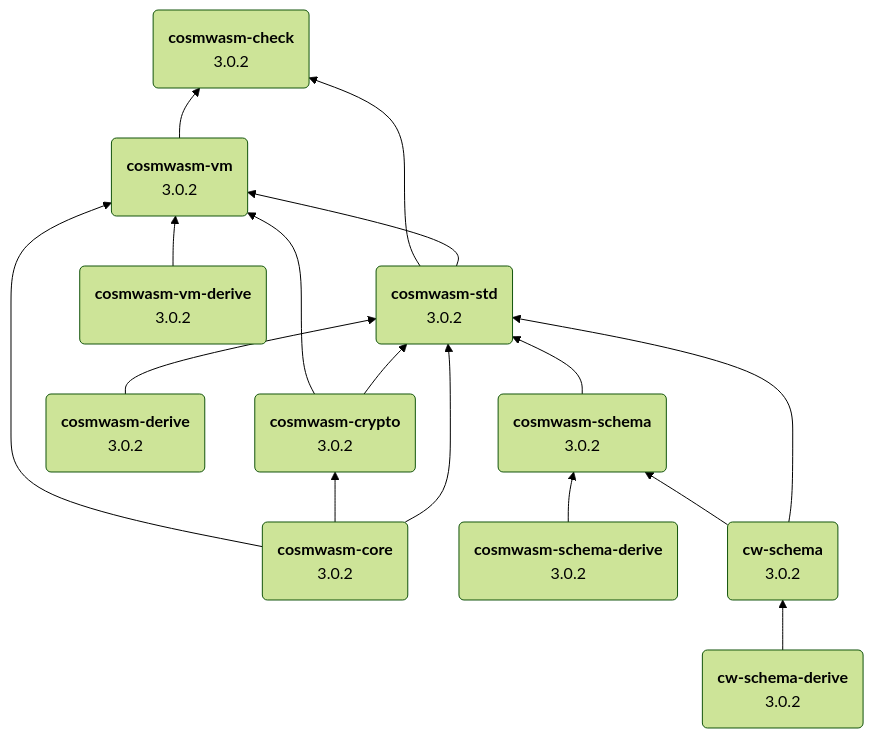
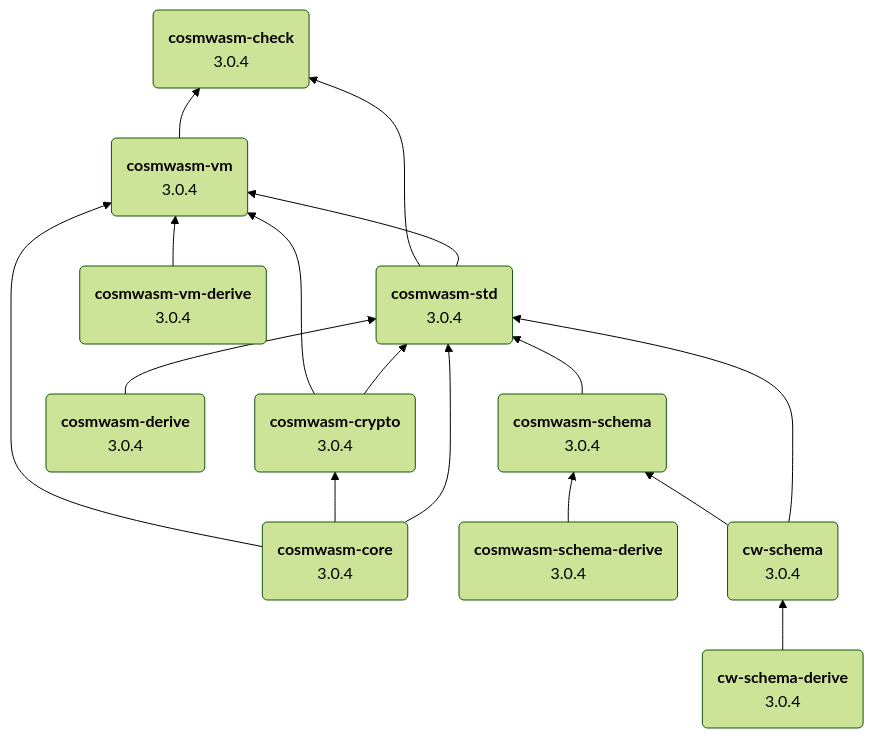
Before and after one commit to CosmWasm/cosmwasm: the diagram in README.md, drawn with Mermaid.

Commit message:
Updated released versions. (#2614)

````diff
--- a/README.md
+++ b/README.md
@@ -115,56 +115,56 @@
 ```mermaid
 ---
 config:
   theme: 'forest'
 ---
 
 graph BT
     A("`**cosmwasm-core**
-        3.0.2`")
+        3.0.4`")
  
     B("`**cosmwasm-std**
-        3.0.2`")
+        3.0.4`")
  
     C("`**cosmwasm-crypto**
-        3.0.2`")
+        3.0.4`")
         
     D("`**cosmwasm-vm**
-        3.0.2`")
+        3.0.4`")
         
     E("`**cosmwasm-vm-derive**
-        3.0.2`")
+        3.0.4`")
         
     F("`**cosmwasm-derive**
-        3.0.2`")    
+        3.0.4`")    
         
     G("`**cosmwasm-schema**
-        3.0.2`")
+        3.0.4`")
 
     H("`**cosmwasm-schema-derive**
-        3.0.2`")
+        3.0.4`")
         
     I("`**cosmwasm-check**
-        3.0.2`")
+        3.0.4`")
         
     J("`**cw-schema**
-        3.0.2`")
+        3.0.4`")
 
     K("`**cw-schema-derive**
-        3.0.2`")
+        3.0.4`")
         
     A --> B
     A --> C
     A --> D
     C --> B
     C --> D
     B --> D
     E --> D
     F --> B
     H --> G
     B --> I
     D --> I
     G --> B
     J --> B
     J --> G
     K --> J
 ```
````
